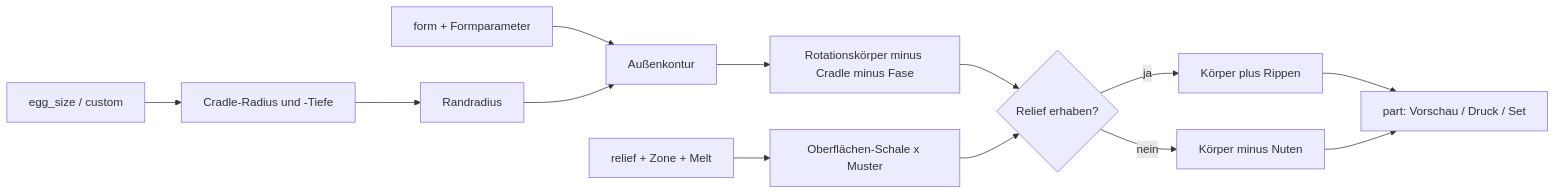
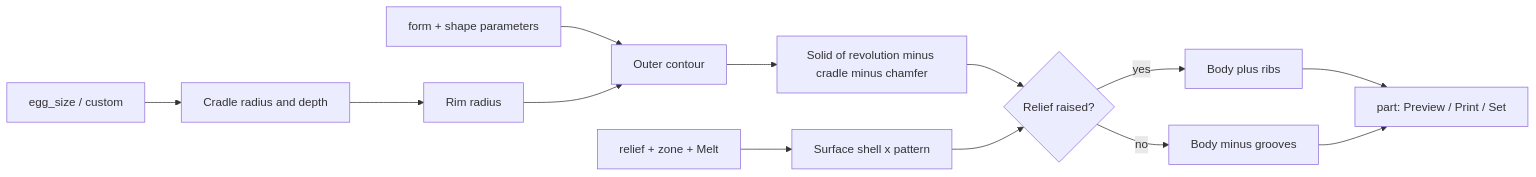
Before and after one commit to BetaHydri/parametric-cad-models: the diagram in models/parametric-egg-cups/README.md, drawn with Mermaid. The commit also changed other lines of this file and 57 other files, not shown here.

````diff
--- a/models/parametric-egg-cups/README.md
+++ b/models/parametric-egg-cups/README.md
@@ -253,15 +254,15 @@
 ```mermaid
 flowchart LR
-    E[egg_size / custom] --> C[Cradle-Radius und -Tiefe]
-    C --> R[Randradius]
-    F[form + Formparameter] --> K[Außenkontur]
+    E[egg_size / custom] --> C[Cradle radius and depth]
+    C --> R[Rim radius]
+    F[form + shape parameters] --> K[Outer contour]
     R --> K
-    K --> B[Rotationskörper minus Cradle minus Fase]
-    P[relief + Zone + Melt] --> S[Oberflächen-Schale x Muster]
-    B --> U{Relief erhaben?}
+    K --> B[Solid of revolution minus cradle minus chamfer]
+    P[relief + zone + Melt] --> S[Surface shell x pattern]
+    B --> U{Relief raised?}
     S --> U
-    U -->|ja| A[Körper plus Rippen]
-    U -->|nein| N[Körper minus Nuten]
-    A --> O[part: Vorschau / Druck / Set]
+    U -->|yes| A[Body plus ribs]
+    U -->|no| N[Body minus grooves]
+    A --> O[part: Preview / Print / Set]
     N --> O
 ```
````
